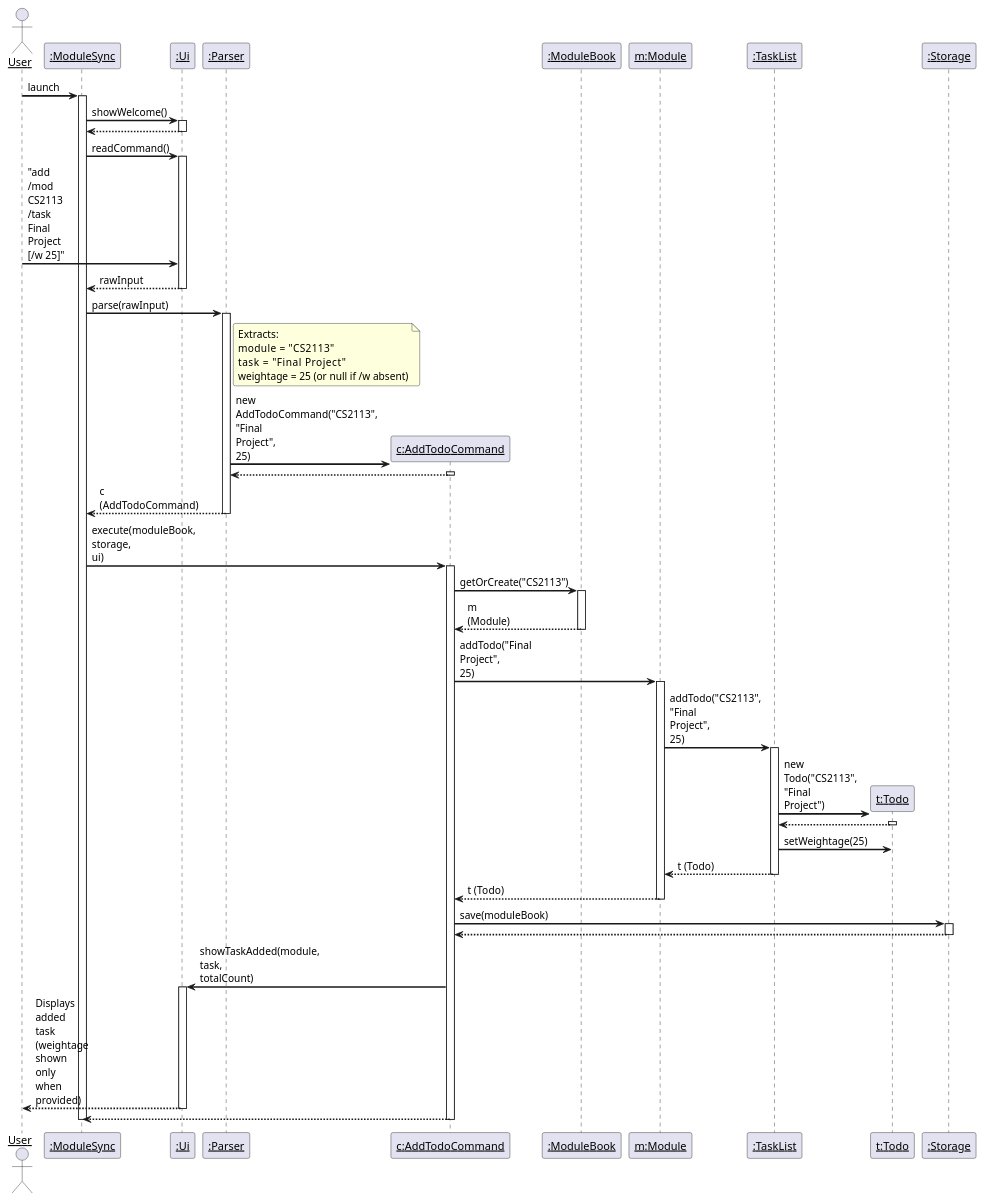
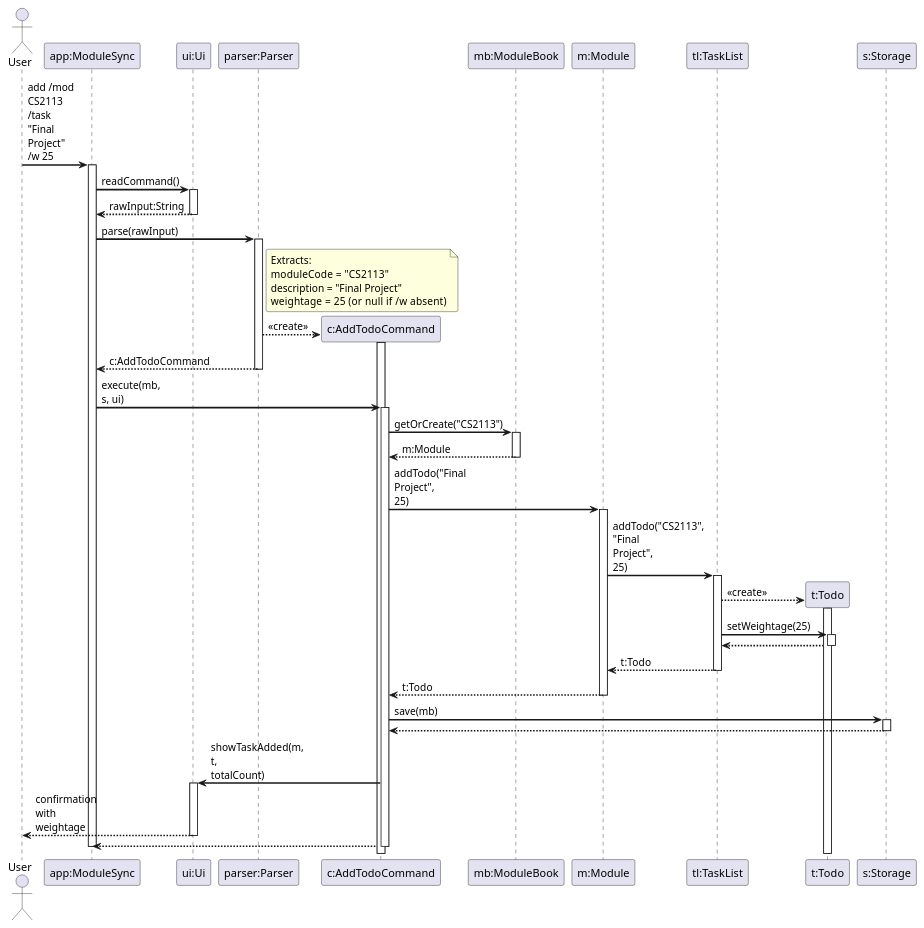
One commit to heeelol/tp changed the diagram in docs/diagrams/AddWeightageSequenceDiagram.puml. Above: the diagram before and after it, drawn with PlantUML. The commit also changed 10 other files, not shown here.

Commit message:
Split design and implementation as per AB-3 DG guidelines, fix Sequence Diagrams as per comments, add overall architecture under design

```diff
--- a/docs/diagrams/AddWeightageSequenceDiagram.puml
+++ b/docs/diagrams/AddWeightageSequenceDiagram.puml
@@ -1,92 +1,89 @@
 @startuml AddWeightageSequenceDiagram
 
 skinparam sequenceArrowThickness 2
 skinparam roundcorner 5
 skinparam maxmessagesize 60
-skinparam sequenceParticipant underline
 
 Actor User as user
-Participant ":ModuleSync" as app
-Participant ":Ui" as ui
-Participant ":Parser" as parser
+Participant "app:ModuleSync" as app
+Participant "ui:Ui" as ui
+Participant "parser:Parser" as parser
 Participant "c:AddTodoCommand" as addCommand
-Participant ":ModuleBook" as moduleBook
+Participant "mb:ModuleBook" as moduleBook
 Participant "m:Module" as module
-Participant ":TaskList" as taskList
+Participant "tl:TaskList" as taskList
 Participant "t:Todo" as todo
-Participant ":Storage" as storage
+Participant "s:Storage" as storage
 
-user -> app : launch
+user -> app : add /mod CS2113 /task "Final Project" /w 25
 activate app
-
-app -> ui : showWelcome()
-activate ui
-ui --> app
-deactivate ui
 
 app -> ui : readCommand()
 activate ui
-user -> ui : "add /mod CS2113 /task Final Project [/w 25]"
-ui --> app : rawInput
+ui --> app : rawInput:String
 deactivate ui
 
 app -> parser : parse(rawInput)
 activate parser
 
 note right of parser
   Extracts:
-  module   = "CS2113"
-  task     = "Final Project"
-  weightage = 25 (or null if /w absent)
+  moduleCode  = "CS2113"
+  description = "Final Project"
+  weightage   = 25 (or null if /w absent)
 end note
 
 create addCommand
-parser -> addCommand : new AddTodoCommand("CS2113", "Final Project", 25)
+parser --> addCommand : <<create>>
 activate addCommand
-addCommand --> parser
 deactivate addCommand
 
-parser --> app : c (AddTodoCommand)
+parser --> app : c:AddTodoCommand
 deactivate parser
 
-app -> addCommand : execute(moduleBook, storage, ui)
+app -> addCommand : execute(mb, s, ui)
 activate addCommand
 
 addCommand -> moduleBook : getOrCreate("CS2113")
 activate moduleBook
-moduleBook --> addCommand : m (Module)
+moduleBook --> addCommand : m:Module
 deactivate moduleBook
 
 addCommand -> module : addTodo("Final Project", 25)
 activate module
 
 module -> taskList : addTodo("CS2113", "Final Project", 25)
 activate taskList
+
 create todo
-taskList -> todo : new Todo("CS2113", "Final Project")
+taskList --> todo : <<create>>
+activate todo
+deactivate todo
+
+taskList -> todo : setWeightage(25)
 activate todo
 todo --> taskList
 deactivate todo
-taskList -> todo : setWeightage(25)
-taskList --> module : t (Todo)
+
+taskList --> module : t:Todo
 deactivate taskList
 
-module --> addCommand : t (Todo)
+module --> addCommand : t:Todo
 deactivate module
 
-addCommand -> storage : save(moduleBook)
+addCommand -> storage : save(mb)
 activate storage
 storage --> addCommand
 deactivate storage
 
-addCommand -> ui : showTaskAdded(module, task, totalCount)
+addCommand -> ui : showTaskAdded(m, t, totalCount)
 activate ui
-ui --> user : Displays added task (weightage shown only when provided)
+ui --> user : confirmation with weightage
 deactivate ui
 
 addCommand --> app
 deactivate addCommand
 
 deactivate app
 
 @enduml
```
